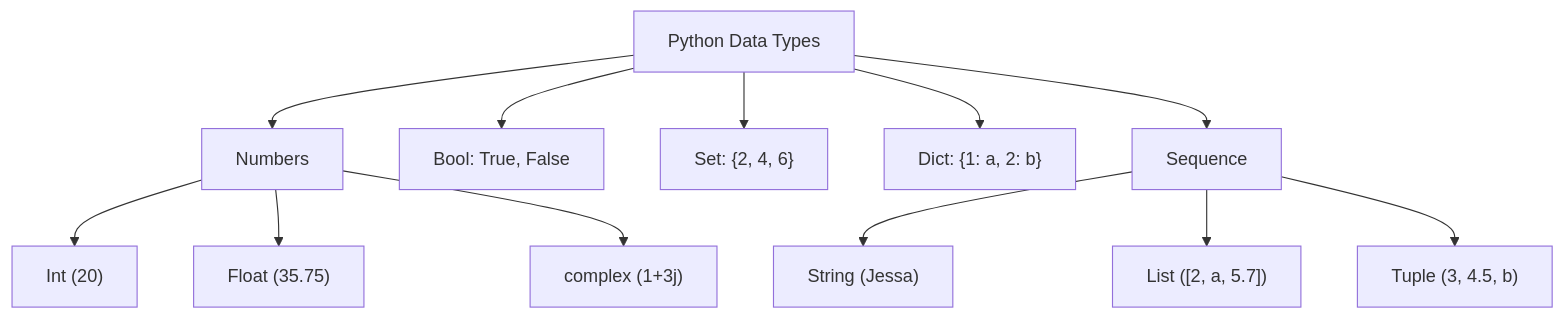
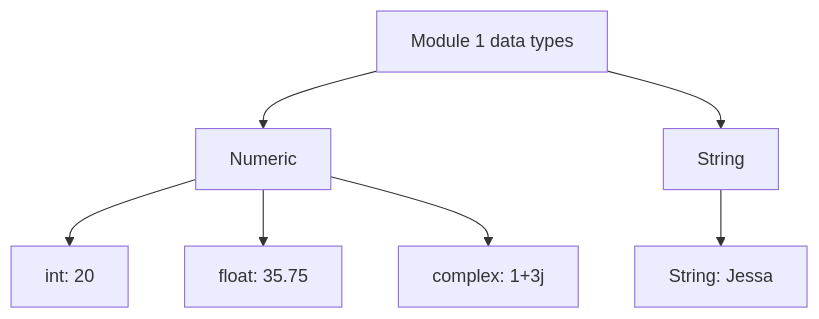
Before and after one commit to udsfgecw/website: diagram 12 of 15 in src/features/notes/python-module-1/notes.md, drawn with Mermaid. The commit also changed other lines of this file and 24 other files, not shown here.

````diff
--- a/src/features/notes/python-module-1/notes.md
+++ b/src/features/notes/python-module-1/notes.md
@@ -1887,14 +1646,9 @@
 ```mermaid
 flowchart TB
-P["Python Data Types"] --> N["Numbers"]
-P --> B["Bool: True, False"]
-P --> S["Set: {2, 4, 6}"]
-P --> D["Dict: {1: a, 2: b}"]
-P --> Q["Sequence"]
-N --> I["Int (20)"]
-N --> F["Float (35.75)"]
-N --> C["complex (1+3j)"]
-Q --> ST["String (Jessa)"]
-Q --> L["List ([2, a, 5.7])"]
-Q --> T["Tuple (3, 4.5, b)"]
+P["Module 1 data types"] --> N["Numeric"]
+P --> S["String"]
+N --> I["int: 20"]
+N --> F["float: 35.75"]
+N --> C["complex: 1+3j"]
+S --> ST["String: Jessa"]
 ```
````
